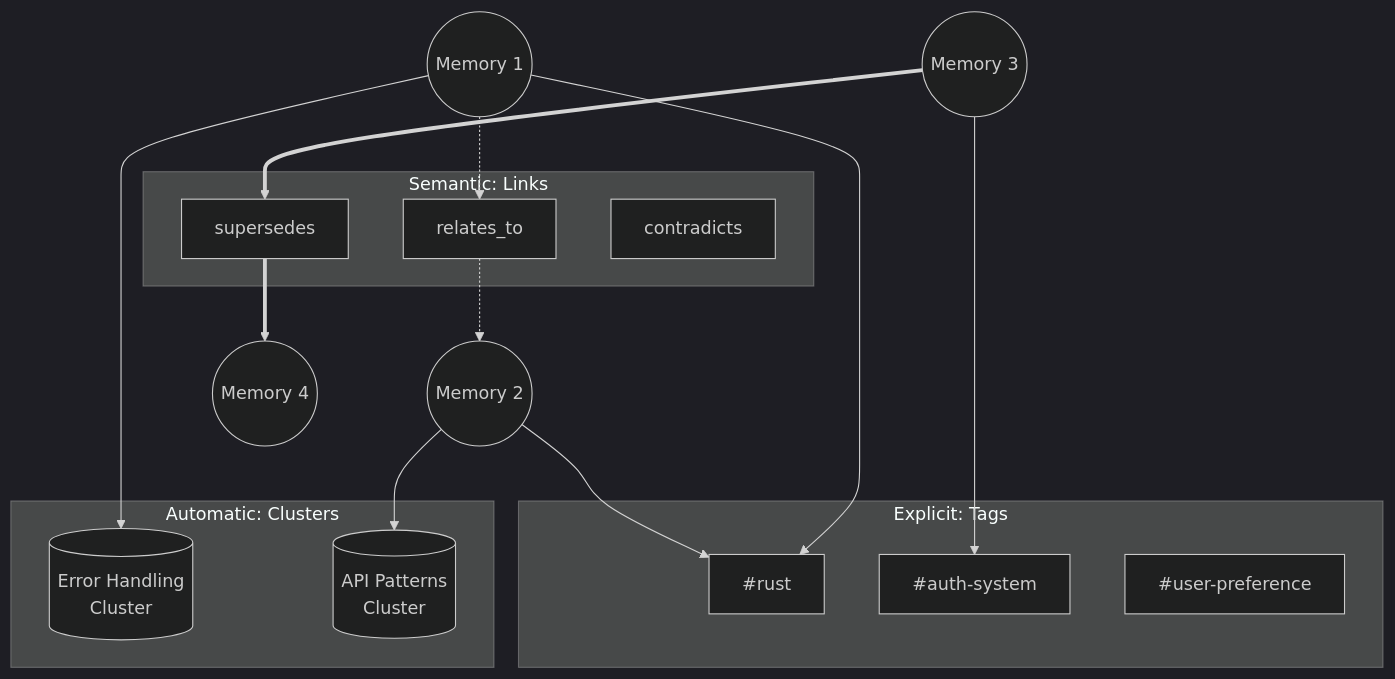
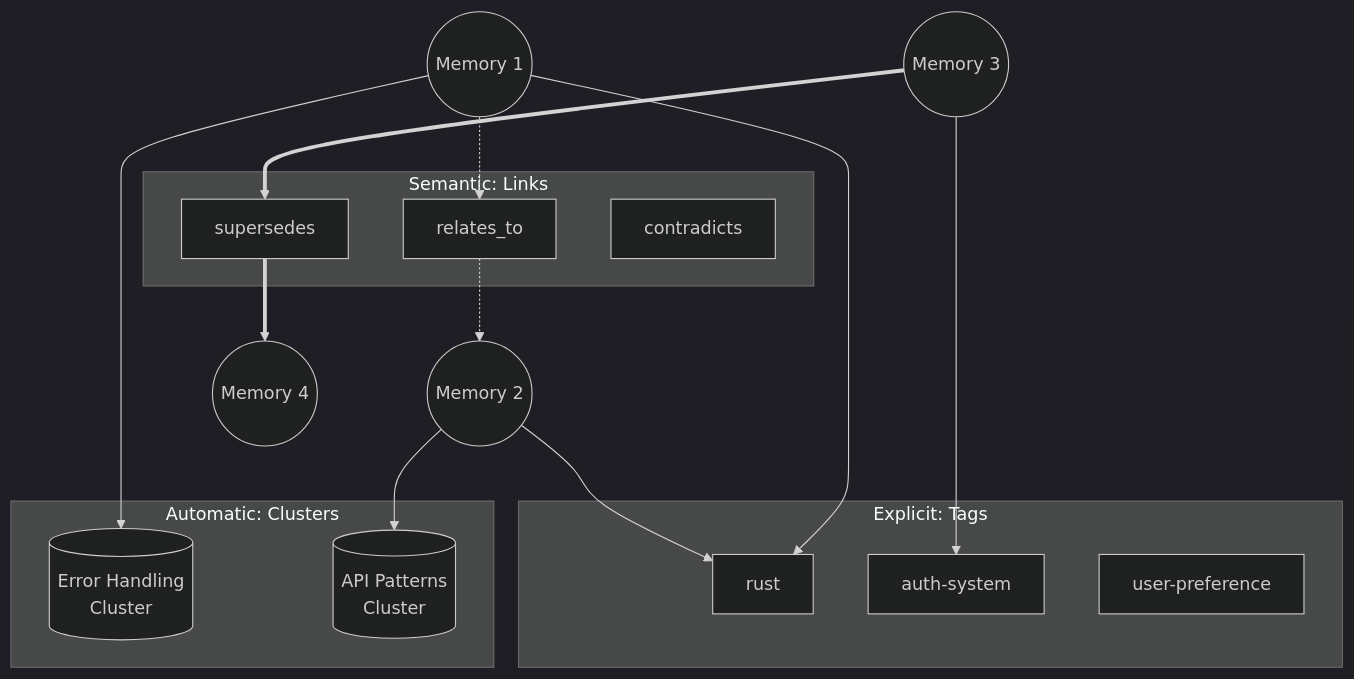
One commit to iamrohithrnair/minnal changed the third of 7 diagrams in docs/MEMORY_ARCHITECTURE.md. Above: the diagram before and after it, drawn with Mermaid (dark theme). The commit also changed other lines of this file, not shown here.

First line of the commit message:
Convert ASCII diagrams to mermaid in memory architecture

````diff
--- a/docs/MEMORY_ARCHITECTURE.md
+++ b/docs/MEMORY_ARCHITECTURE.md
@@ -140,29 +140,29 @@
 ```mermaid
 graph TB
     subgraph "Explicit: Tags"
-        T1["#rust"]
-        T2["#auth-system"]
-        T3["#user-preference"]
+        T1["rust"]
+        T2["auth-system"]
+        T3["user-preference"]
     end
 
     subgraph "Automatic: Clusters"
         C1[("Error Handling<br/>Cluster")]
         C2[("API Patterns<br/>Cluster")]
     end
 
     subgraph "Semantic: Links"
         L1["relates_to"]
         L2["supersedes"]
         L3["contradicts"]
     end
 
     M1((Memory 1)) --> T1
     M1 --> C1
     M1 -.-> L1
     L1 -.-> M2((Memory 2))
     M2 --> T1
     M2 --> C2
     M3((Memory 3)) --> T2
     M3 ==> L2
     L2 ==> M4((Memory 4))
 ```
````
